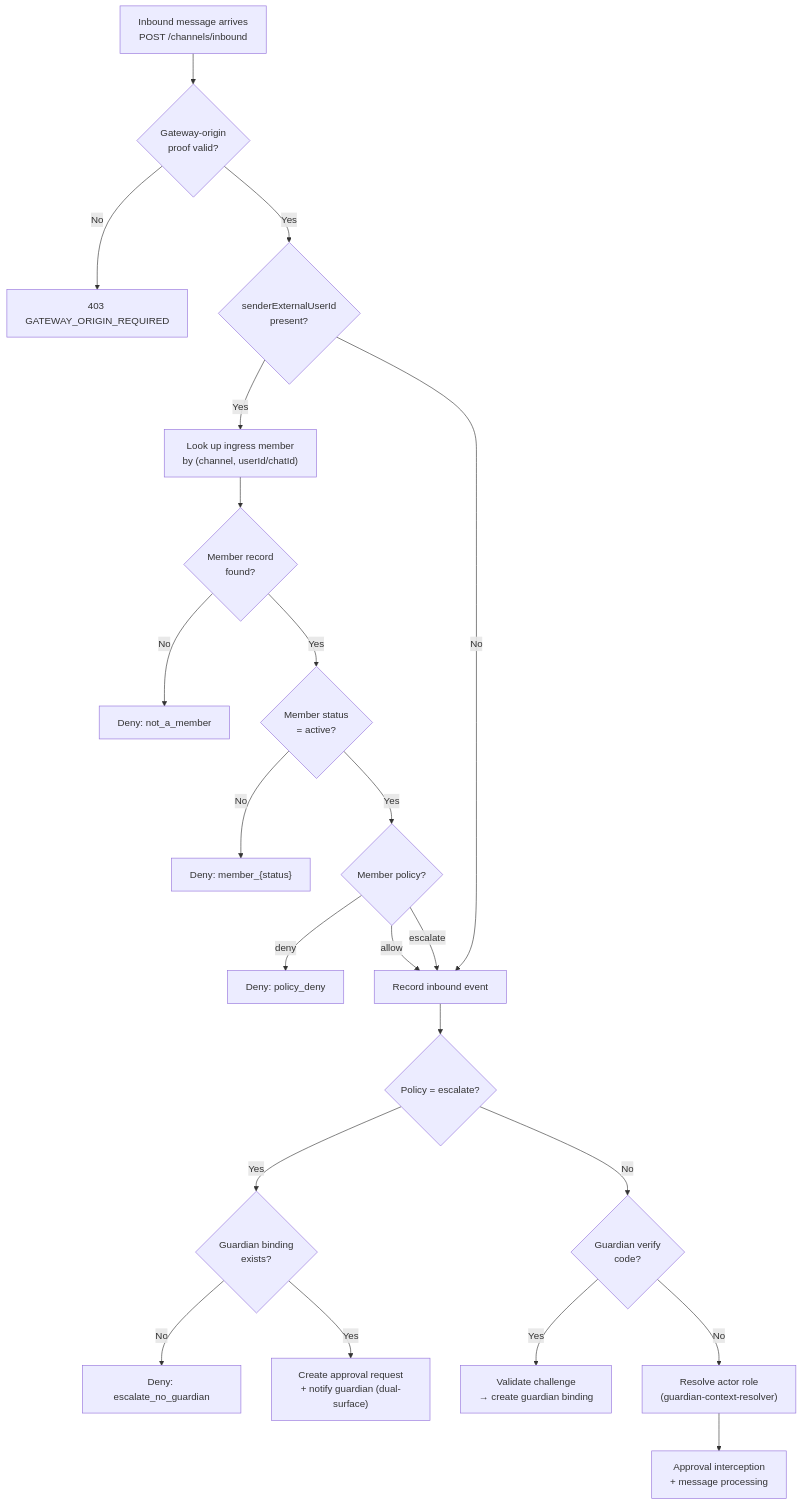
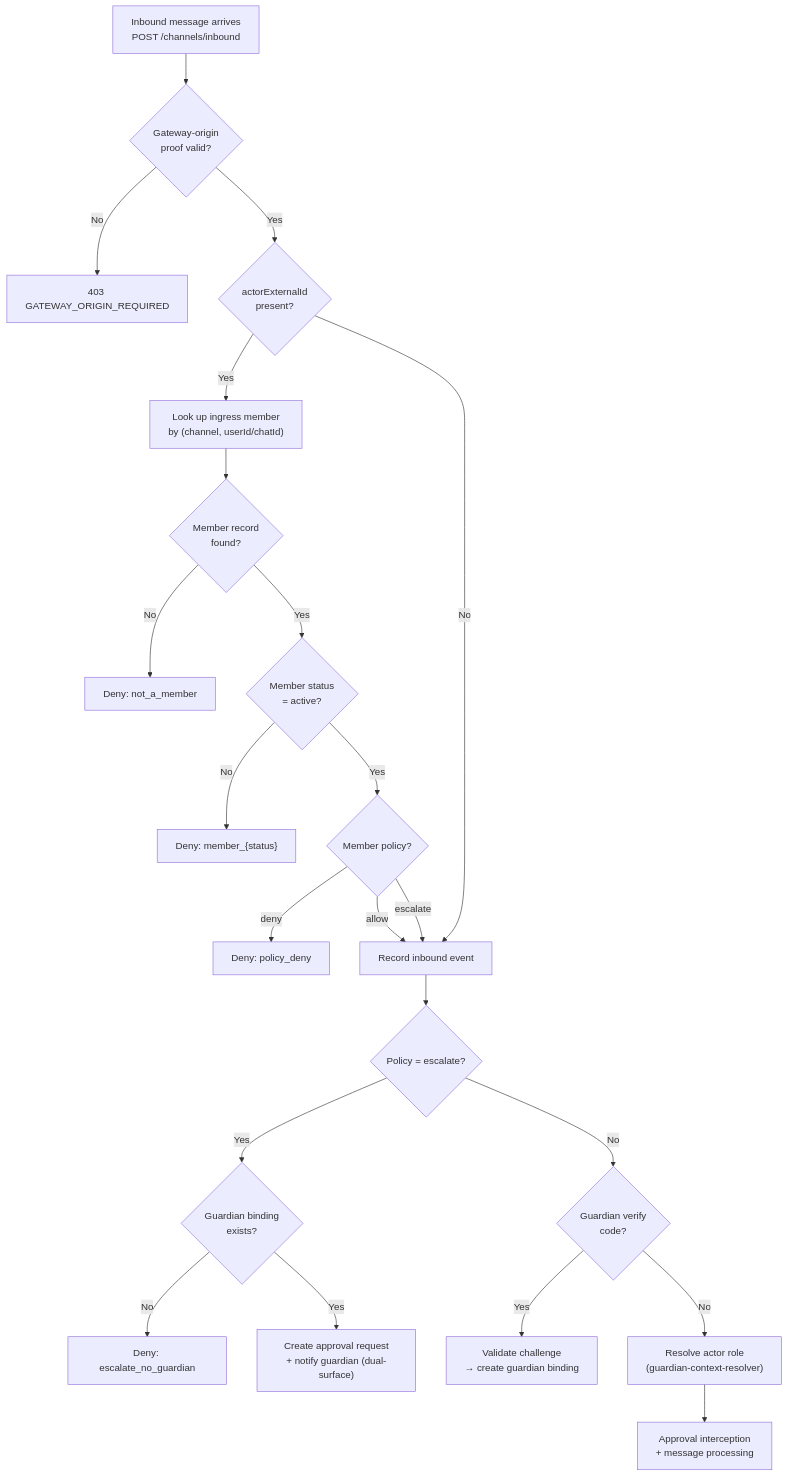
One commit to vellum-ai/vellum-assistant changed the second of 7 diagrams in gateway/ARCHITECTURE.md. Above: the diagram before and after it, drawn with Mermaid. The commit also changed other lines of this file and 37 other files, not shown here.

````diff
--- a/gateway/ARCHITECTURE.md
+++ b/gateway/ARCHITECTURE.md
@@ -411,29 +411,29 @@
 ```mermaid
 flowchart TD
     MSG["Inbound message arrives<br/>POST /channels/inbound"] --> GW_CHECK{"Gateway-origin<br/>proof valid?"}
     GW_CHECK -- No --> REJECT_403["403 GATEWAY_ORIGIN_REQUIRED"]
-    GW_CHECK -- Yes --> HAS_SENDER{"senderExternalUserId<br/>present?"}
+    GW_CHECK -- Yes --> HAS_SENDER{"actorExternalId<br/>present?"}
 
     HAS_SENDER -- Yes --> ACL_LOOKUP["Look up ingress member<br/>by (channel, userId/chatId)"]
     HAS_SENDER -- No --> RECORD["Record inbound event"]
 
     ACL_LOOKUP --> HAS_MEMBER{"Member record<br/>found?"}
     HAS_MEMBER -- No --> DENY_MEMBER["Deny: not_a_member"]
     HAS_MEMBER -- Yes --> STATUS_CHECK{"Member status<br/>= active?"}
     STATUS_CHECK -- No --> DENY_STATUS["Deny: member_{status}"]
     STATUS_CHECK -- Yes --> POLICY_CHECK{"Member policy?"}
 
     POLICY_CHECK -- deny --> DENY_POLICY["Deny: policy_deny"]
     POLICY_CHECK -- allow --> RECORD
     POLICY_CHECK -- escalate --> RECORD
 
     RECORD --> ESCALATE_CHECK{"Policy = escalate?"}
     ESCALATE_CHECK -- Yes --> HAS_BINDING{"Guardian binding<br/>exists?"}
     HAS_BINDING -- No --> DENY_ESCALATE["Deny: escalate_no_guardian"]
     HAS_BINDING -- Yes --> CREATE_APPROVAL["Create approval request<br/>+ notify guardian (dual-surface)"]
 
     ESCALATE_CHECK -- No --> VERIFY_CHECK{"Guardian verify<br/>code?"}
     VERIFY_CHECK -- Yes --> VERIFY["Validate challenge<br/>→ create guardian binding"]
     VERIFY_CHECK -- No --> ROLE_RESOLVE["Resolve actor role<br/>(guardian-context-resolver)"]
     ROLE_RESOLVE --> APPROVAL_INTERCEPT["Approval interception<br/>+ message processing"]
 ```
````
